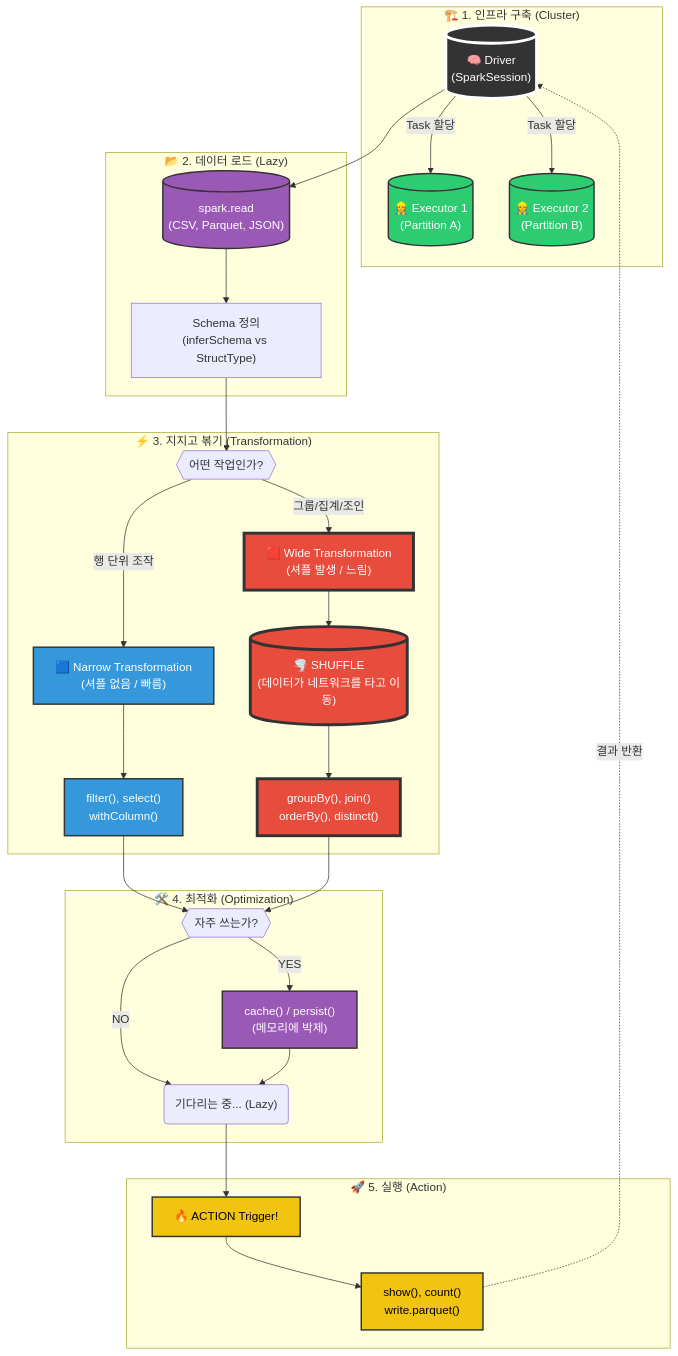
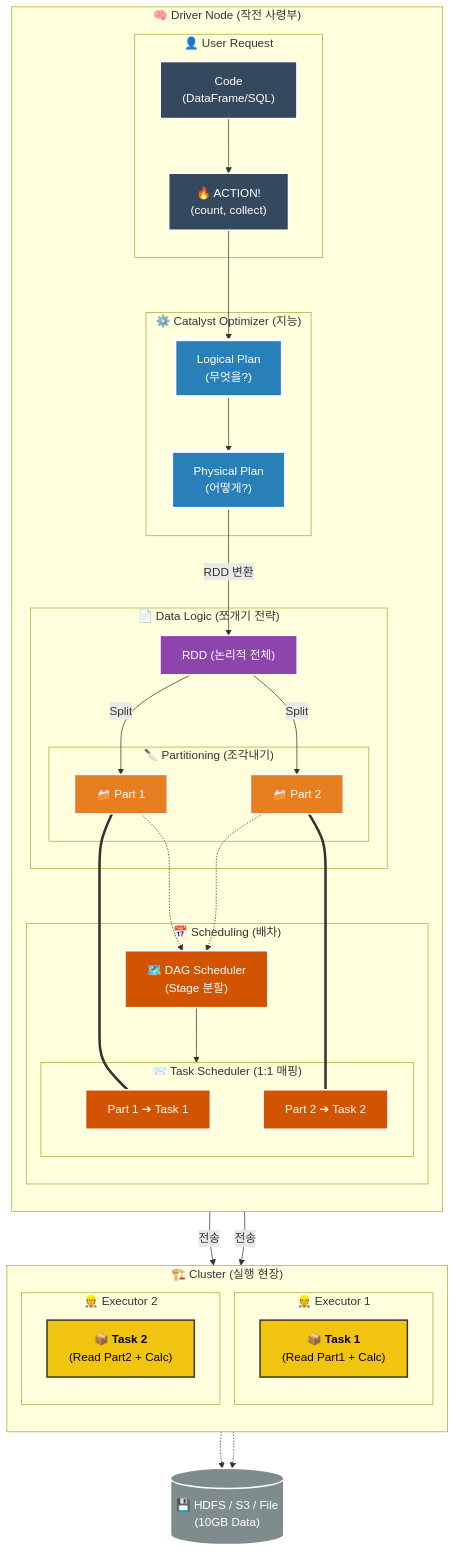
One commit to hgim96715-lgtm/gong_home changed the diagram in 20_Wiki/22_Data_Processing/Spark/01_Spark_Master_Map.md. Above: the diagram before and after it, drawn with Mermaid. The commit also changed other lines of this file and 7 other files, not shown here.

Commit message:
spark_plan

````diff
--- a/20_Wiki/22_Data_Processing/Spark/01_Spark_Master_Map.md
+++ b/20_Wiki/22_Data_Processing/Spark/01_Spark_Master_Map.md
@@ -6,70 +6,104 @@
 ```mermaid
 graph TD
-    %% 스타일 정의
-    classDef driver fill:#333,stroke:#fff,stroke-width:4px,color:#fff;
-    classDef executor fill:#2ecc71,stroke:#333,stroke-width:2px,color:#fff;
-    classDef narrow fill:#3498db,stroke:#333,stroke-width:2px,color:#fff;
-    classDef wide fill:#e74c3c,stroke:#333,stroke-width:4px,color:#fff;
-    classDef action fill:#f1c40f,stroke:#333,stroke-width:2px,color:#000;
-    classDef storage fill:#9b59b6,stroke:#333,stroke-width:2px,color:#fff;
+    %% ==========================================
+    %% 🎨 스타일 정의 (시각적 구분)
+    %% ==========================================
+    classDef user fill:#34495e,stroke:#fff,stroke-width:2px,color:#fff;
+    classDef brain fill:#2980b9,stroke:#fff,stroke-width:4px,color:#fff;
+    classDef logic fill:#8e44ad,stroke:#fff,stroke-width:2px,color:#fff;
+    classDef partition fill:#e67e22,stroke:#fff,stroke-width:2px,color:#fff;
+    classDef scheduler fill:#d35400,stroke:#fff,stroke-width:2px,color:#fff;
+    classDef task fill:#f1c40f,stroke:#333,stroke-width:2px,color:#000;
+    classDef worker fill:#27ae60,stroke:#fff,stroke-width:4px,color:#fff;
+    classDef data fill:#7f8c8d,stroke:#fff,stroke-width:2px,color:#fff;
 
-    %% 1. 시작 (Architecture)
-    subgraph Architecture ["🏗️ 1. 인프라 구축 (Cluster)"]
-        Driver[("🧠 Driver<br>(SparkSession)")]:::driver
-        Exec1[("👷 Executor 1<br>(Partition A)")]:::executor
-        Exec2[("👷 Executor 2<br>(Partition B)")]:::executor
-        
-        Driver --"Task 할당"--> Exec1
-        Driver --"Task 할당"--> Exec2
+    %% ==========================================
+    %% 1. DRIVER NODE (두뇌 & 계획 & 분배)
+    %% ==========================================
+    subgraph Driver ["🧠 Driver Node (작전 사령부)"]
+        direction TB
+
+        %% 1-1. 사용자 요청
+        subgraph UserLayer ["👤 User Request"]
+            Code["Code<br/>(DataFrame/SQL)"]:::user
+            Action["🔥 ACTION!<br/>(count, collect)"]:::user
+        end
+
+        %% 1-2. 두뇌 (최적화)
+        subgraph Catalyst ["⚙️ Catalyst Optimizer (지능)"]
+            LogPlan["Logical Plan<br/>(무엇을?)"]:::brain
+            PhyPlan["Physical Plan<br/>(어떻게?)"]:::brain
+        end
+
+        %% 1-3. RDD & 파티션 로직 (여기가 합쳐진 핵심!)
+        subgraph DataLogic ["📄 Data Logic (쪼개기 전략)"]
+            RDD["RDD (논리적 전체)"]:::logic
+            
+            subgraph Partitions ["🔪 Partitioning (조각내기)"]
+                P1["🍰 Part 1"]:::partition
+                P2["🍰 Part 2"]:::partition
+            end
+        end
+
+        %% 1-4. 스케줄링 (배송)
+        subgraph SchedulerLayer ["📅 Scheduling (배차)"]
+            DAG["🗺️ DAG Scheduler<br/>(Stage 분할)"]:::scheduler
+            
+            subgraph TaskSched ["📨 Task Scheduler (1:1 매핑)"]
+                Map1["Part 1 ➔ Task 1"]:::scheduler
+                Map2["Part 2 ➔ Task 2"]:::scheduler
+            end
+        end
     end
 
-    %% 2. 읽기 (Ingestion)
-    subgraph Ingest ["📂 2. 데이터 로드 (Lazy)"]
-        Read[("spark.read<br>(CSV, Parquet, JSON)")]:::storage
-        Schema["Schema 정의<br>(inferSchema vs StructType)"]
-        
-        Driver --> Read --> Schema
+    %% ==========================================
+    %% 2. CLUSTER / WORKERS (실행 현장)
+    %% ==========================================
+    subgraph Cluster ["🏗️ Cluster (실행 현장)"]
+        direction TB
+
+        %% Executor 1
+        subgraph Exec1 ["👷 Executor 1"]
+            T1["📦 <b>Task 1</b><br/>(Read Part1 + Calc)"]:::task
+        end
+
+        %% Executor 2
+        subgraph Exec2 ["👷 Executor 2"]
+            T2["📦 <b>Task 2</b><br/>(Read Part2 + Calc)"]:::task
+        end
     end
 
-    %% 3. 변환 (Transformation)
-    subgraph Transform ["⚡ 3. 지지고 볶기 (Transformation)"]
-        Decision{{"어떤 작업인가?"}}
-        
-        %% Narrow Route
-        Narrow["🟦 Narrow Transformation<br>(셔플 없음 / 빠름)"]:::narrow
-        Ops_Narrow["filter(), select()<br>withColumn()"]:::narrow
-        
-        %% Wide Route
-        Wide["🟥 Wide Transformation<br>(셔플 발생 / 느림)"]:::wide
-        Ops_Wide["groupBy(), join()<br>orderBy(), distinct()"]:::wide
-        Shuffle[("🌪️ SHUFFLE<br>(데이터가 네트워크를 타고 이동)")]:::wide
+    %% ==========================================
+    %% 3. DATA SOURCE (저장소)
+    %% ==========================================
+    File[("💾 HDFS / S3 / File<br/>(10GB Data)")]:::data
 
-        Schema --> Decision
-        Decision --"행 단위 조작"--> Narrow --> Ops_Narrow
-        Decision --"그룹/집계/조인"--> Wide --> Shuffle --> Ops_Wide
-    end
-
-    %% 4. 최적화 (Optimization)
-    subgraph Opt ["🛠️ 4. 최적화 (Optimization)"]
-        CacheQuestion{{"자주 쓰는가?"}}
-        Cache["cache() / persist()<br>(메모리에 박제)"]:::storage
-        
-        Ops_Narrow --> CacheQuestion
-        Ops_Wide --> CacheQuestion
-        CacheQuestion --"YES"--> Cache
-        CacheQuestion --"NO"--> ActionWait
-    end
-
-    %% 5. 실행 (Action)
-    subgraph ActionPhase ["🚀 5. 실행 (Action)"]
-        ActionWait("기다리는 중... (Lazy)")
-        Trigger["🔥 ACTION Trigger!"]:::action
-        Result["show(), count()<br>write.parquet()"]:::action
-        
-        Cache --> ActionWait
-        ActionWait --> Trigger --> Result
-    end
-
-    %% 흐름 연결
-    Result -.->|"결과 반환"| Driver
+    %% ==========================================
+    %% 🔗 연결 흐름 (Flow)
+    %% ==========================================
+    
+    %% 1. 코드 -> 최적화
+    Code --> Action --> LogPlan --> PhyPlan
+    
+    %% 2. 최적화 -> RDD 생성 -> 파티션 분할
+    PhyPlan -- "RDD 변환" --> RDD
+    RDD -- "Split" --> P1
+    RDD -- "Split" --> P2
+    
+    %% 3. 파티션 정보를 DAG Scheduler가 참조
+    P1 -.-> DAG
+    P2 -.-> DAG
+    DAG --> TaskSched
+    
+    %% 4. Task Scheduler가 파티션을 Task로 포장 (1:1)
+    P1 === Map1
+    P2 === Map2
+    
+    %% 5. Task 배송 (Executor로)
+    Map1 -- "전송" --> Exec1
+    Map2 -- "전송" --> Exec2
+    
+    %% 6. 실제 데이터 읽기 (Task가 직접 함)
+    T1 -.-> File
+    T2 -.-> File
 ```
````
